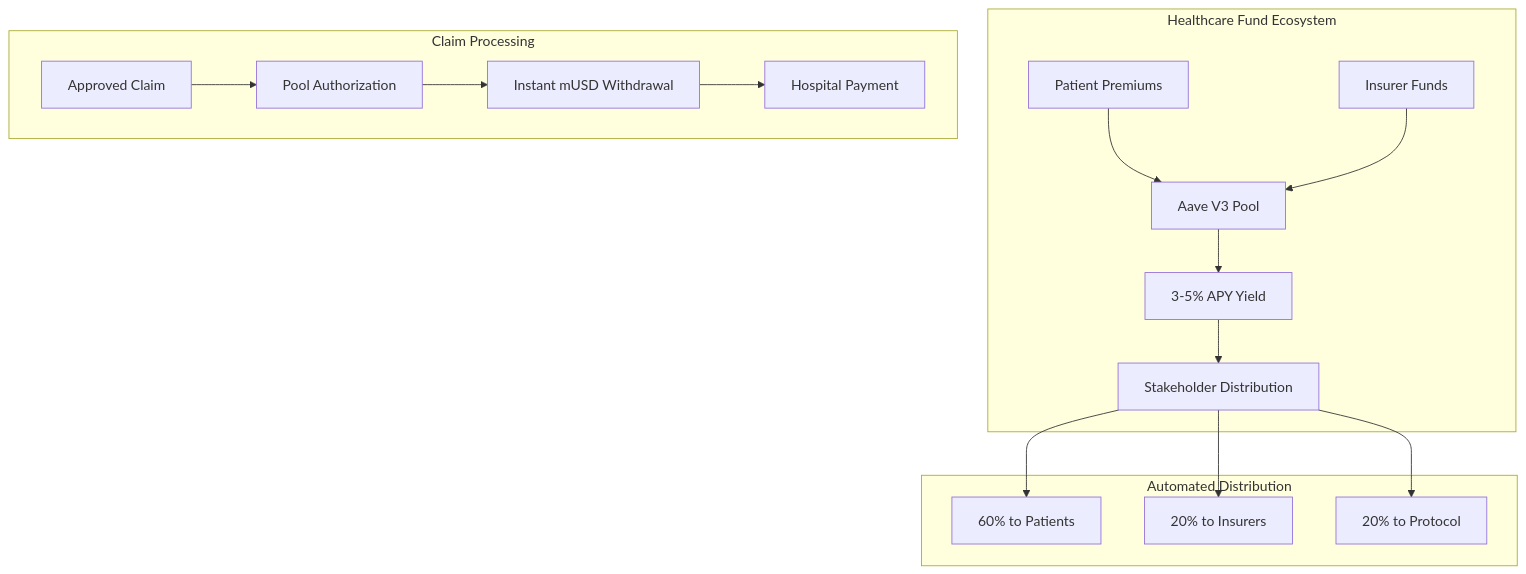
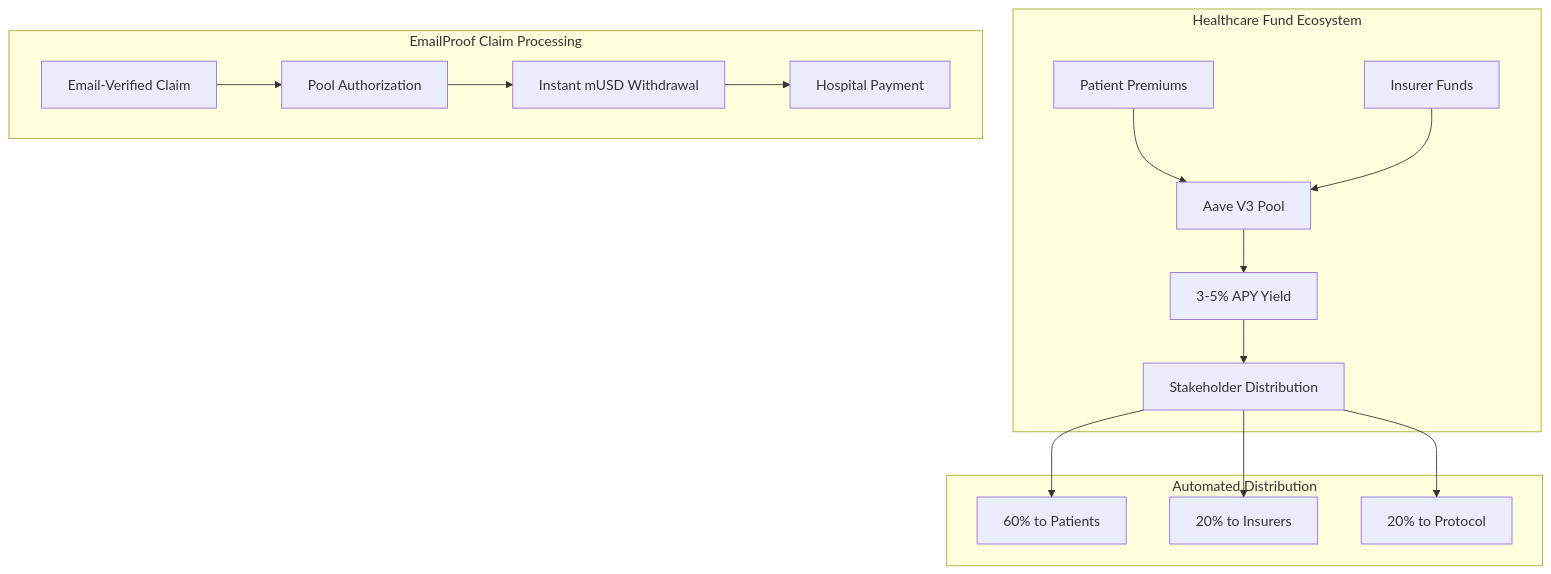
Before and after one commit to ppezzull/zkMed: the first of 12 diagrams in memory-bank/systemPatterns.md, drawn with Mermaid. The commit also changed other lines of this file and 7 other files, not shown here.

````diff
--- a/memory-bank/systemPatterns.md
+++ b/memory-bank/systemPatterns.md
@@ -13,21 +13,21 @@
 ```mermaid
 graph TB
     subgraph "Healthcare Fund Ecosystem"
         A[Patient Premiums] --> Pool[Aave V3 Pool]
         B[Insurer Funds] --> Pool
         Pool --> C[3-5% APY Yield]
         C --> D[Stakeholder Distribution]
     end
     
     subgraph "Automated Distribution"
         D --> E[60% to Patients]
         D --> F[20% to Insurers]
         D --> G[20% to Protocol]
     end
     
-    subgraph "Claim Processing"
-        H[Approved Claim] --> I[Pool Authorization]
+    subgraph "EmailProof Claim Processing"
+        H[Email-Verified Claim] --> I[Pool Authorization]
         I --> J[Instant mUSD Withdrawal]
         J --> K[Hospital Payment]
     end
 ```
````
